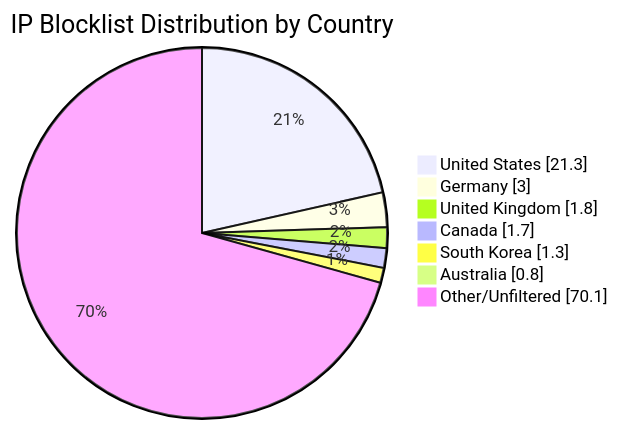
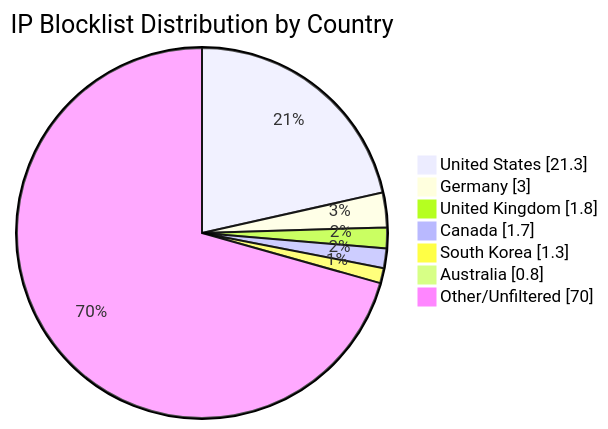
Before and after one commit to MarcusHoltz/ipblocklist-geofiltered-aggregator: the diagram in README.md, drawn with Mermaid. The commit also changed other lines of this file and 9 other files, not shown here.

````diff
--- a/README.md
+++ b/README.md
@@ -34,10 +34,10 @@
 ```mermaid
 pie showData title IP Blocklist Distribution by Country
 "United States" : 21.3
 "Germany" : 3.0
 "United Kingdom" : 1.8
 "Canada" : 1.7
 "South Korea" : 1.3
 "Australia" : 0.8
-"Other/Unfiltered" : 70.1
+"Other/Unfiltered" : 70.0
 ```
````
